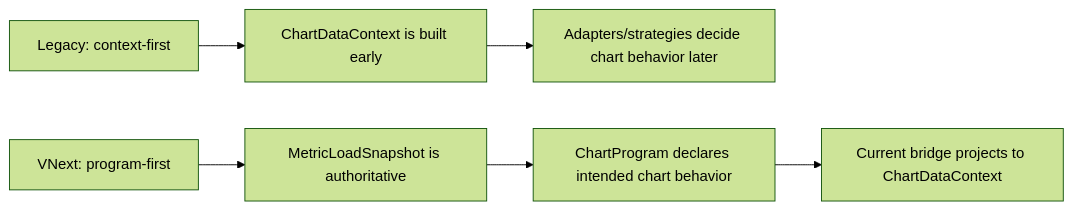
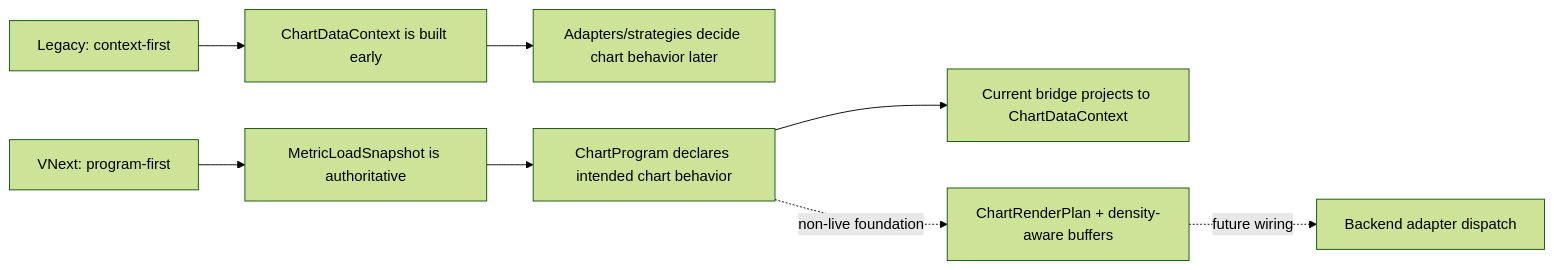
Before and after one commit to krebisz/DataAnalyser: the second of 2 diagrams in documents/SYSTEM_MAP.md, drawn with Mermaid (forest theme). The commit also changed other lines of this file and 5 other files, not shown here.

````diff
--- a/documents/SYSTEM_MAP.md
+++ b/documents/SYSTEM_MAP.md
@@ -621,9 +639,11 @@
 ```mermaid
 flowchart LR
     Legacy["Legacy: context-first"] --> L1["ChartDataContext is built early"]
     L1 --> L2["Adapters/strategies decide chart behavior later"]
 
     VNext["VNext: program-first"] --> V1["MetricLoadSnapshot is authoritative"]
     V1 --> V2["ChartProgram declares intended chart behavior"]
     V2 --> V3["Current bridge projects to ChartDataContext"]
+    V2 -. "non-live foundation" .-> V4["ChartRenderPlan + density-aware buffers"]
+    V4 -. "future wiring" .-> V5["Backend adapter dispatch"]
 ```
````
